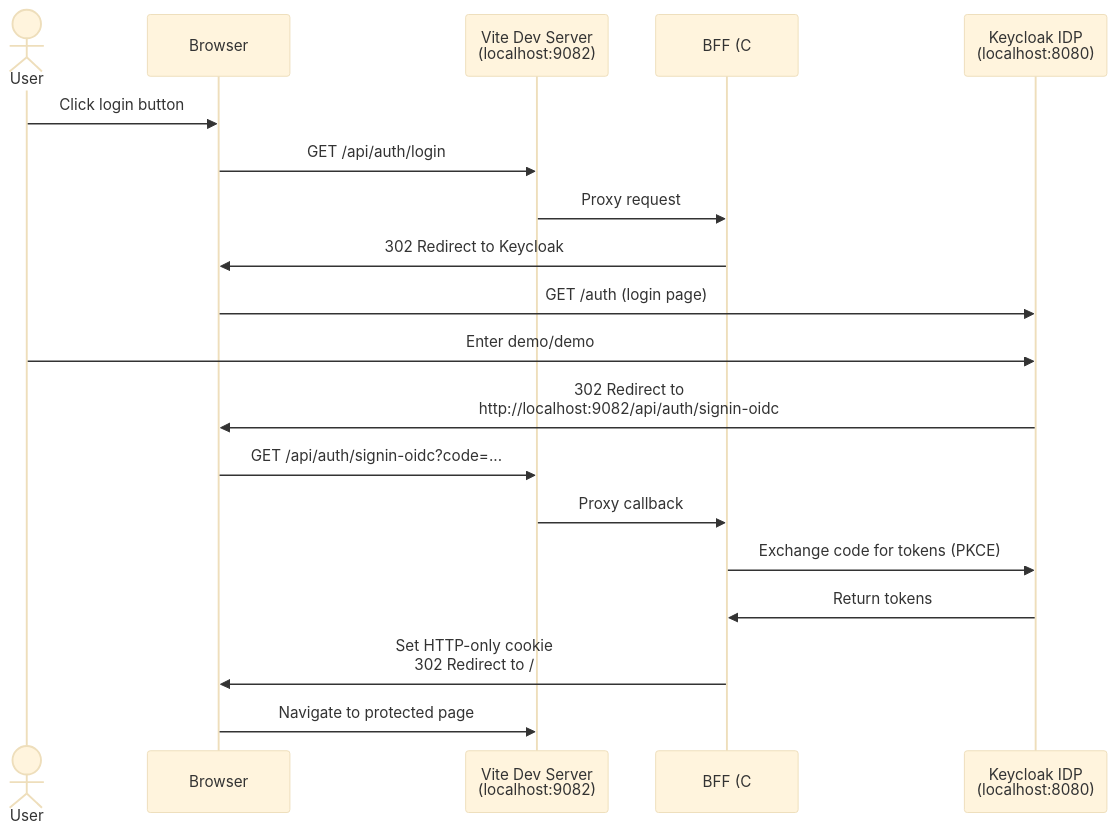
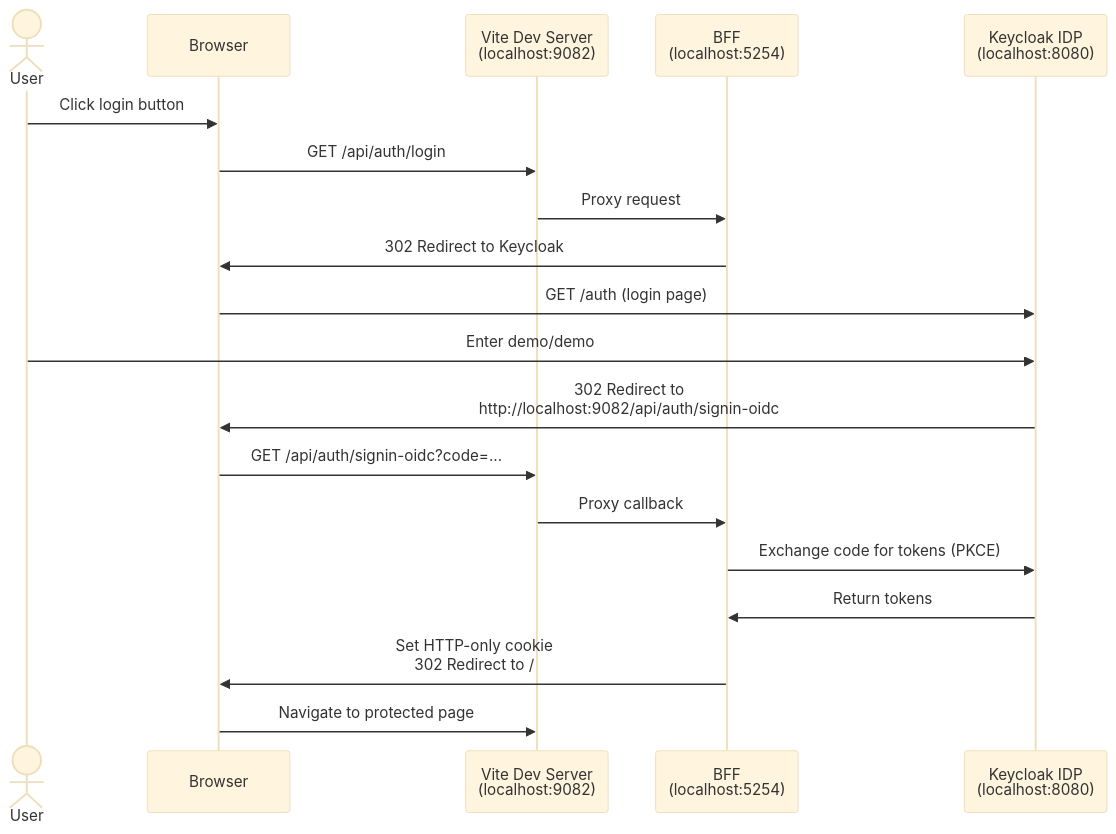
Before and after one commit to davidfowl/aspire-13-samples: the first of 2 diagrams in vite-csharp-keycloak/README.md, drawn with Mermaid (base theme). The commit also changed other lines of this file, not shown here.

Commit message:
feat: update README to simplify BFF participant labels and clarify publish mode differences

````diff
--- a/vite-csharp-keycloak/README.md
+++ b/vite-csharp-keycloak/README.md
@@ -12,22 +12,22 @@
 ```mermaid
 sequenceDiagram
     actor User
     participant Browser
     participant Vite as Vite Dev Server<br/>(localhost:9082)
-    participant BFF as BFF (C#)<br/>(localhost:5254)
+    participant BFF as BFF<br/>(localhost:5254)
     participant Keycloak as Keycloak IDP<br/>(localhost:8080)
 
     User->>Browser: Click login button
     Browser->>Vite: GET /api/auth/login
     Vite->>BFF: Proxy request
     BFF->>Browser: 302 Redirect to Keycloak
     Browser->>Keycloak: GET /auth (login page)
     User->>Keycloak: Enter demo/demo
     Keycloak->>Browser: 302 Redirect to<br/>http://localhost:9082/api/auth/signin-oidc
     Browser->>Vite: GET /api/auth/signin-oidc?code=...
     Vite->>BFF: Proxy callback
     BFF->>Keycloak: Exchange code for tokens (PKCE)
     Keycloak->>BFF: Return tokens
     BFF->>Browser: Set HTTP-only cookie<br/>302 Redirect to /
     Browser->>Vite: Navigate to protected page
 ```
````
